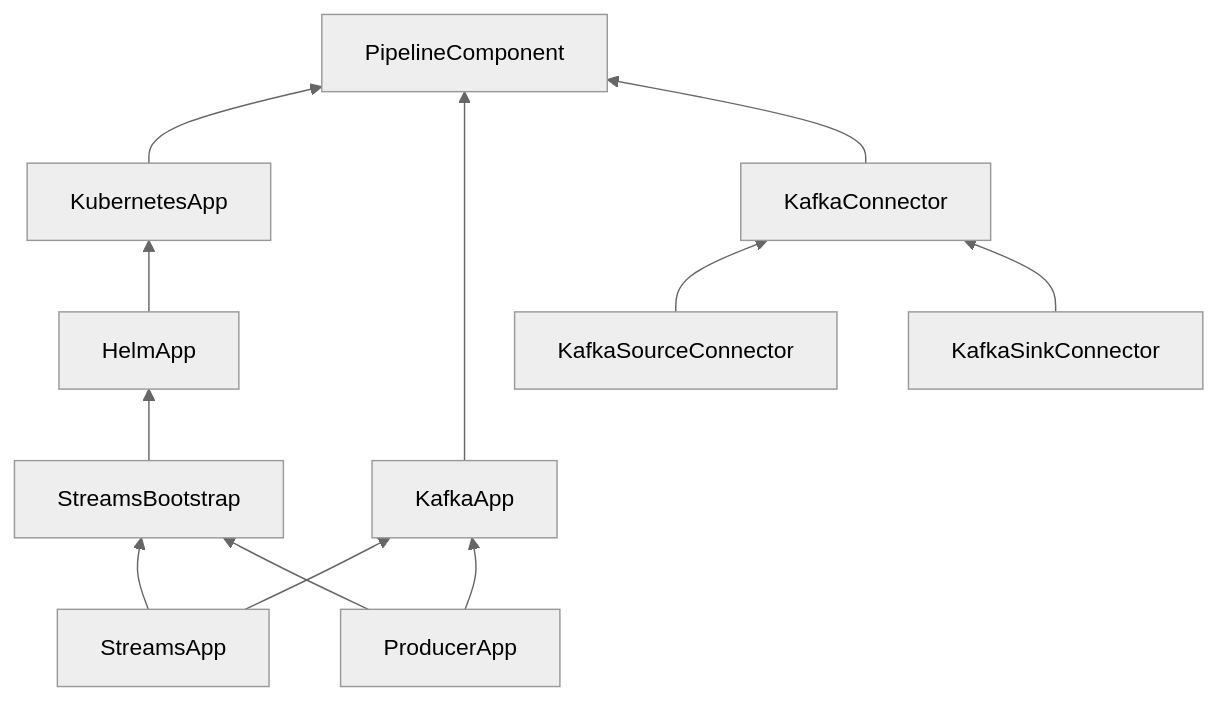
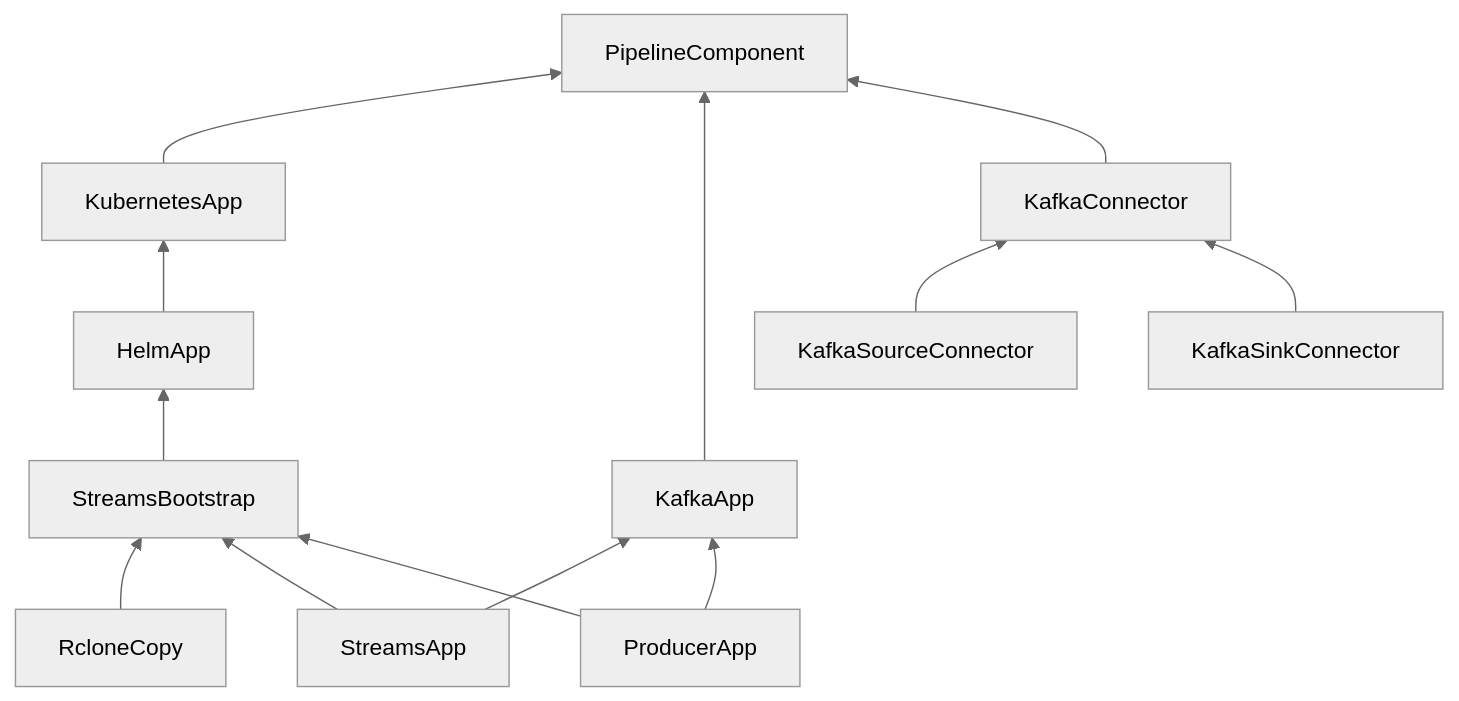
Before and after one commit to bakdata/kpops: the diagram in docs/docs/resources/architecture/components-hierarchy.md, drawn with Mermaid (neutral theme). The commit also changed 1 other file, not shown here.

Commit message:
Create new component for streams-bootstrap rclone-copy

````diff
--- a/docs/docs/resources/architecture/components-hierarchy.md
+++ b/docs/docs/resources/architecture/components-hierarchy.md
@@ -1,24 +1,26 @@
 ```mermaid
 flowchart BT
     KubernetesApp --> PipelineComponent
     KafkaApp --> PipelineComponent
     HelmApp --> KubernetesApp
     StreamsBootstrap --> HelmApp
+    RcloneCopy --> StreamsBootstrap
     StreamsApp --> KafkaApp
     StreamsApp --> StreamsBootstrap
     ProducerApp --> KafkaApp
     ProducerApp --> StreamsBootstrap
     KafkaConnector --> PipelineComponent
     KafkaSourceConnector --> KafkaConnector
     KafkaSinkConnector --> KafkaConnector
 
     click KubernetesApp "/kpops/user/core-concepts/components/kubernetes-app"
     click HelmApp "/kpops/user/core-concepts/components/helm-app"
     click KafkaApp "/kpops/user/core-concepts/components/kafka-app"
     click StreamsBootstrap "/kpops/user/core-concepts/components/streams-bootstrap"
+    click RcloneCopy "/kpops/user/core-concepts/components/rclone-copy"
     click StreamsApp "/kpops/user/core-concepts/components/streams-app"
     click ProducerApp "/kpops/user/core-concepts/components/producer-app"
     click KafkaConnector "/kpops/user/core-concepts/components/kafka-connector"
     click KafkaSourceConnector "/kpops/user/core-concepts/components/kafka-source-connector"
     click KafkaSinkConnector "/kpops/user/core-concepts/components/kafka-sink-connector"
 ```
````
